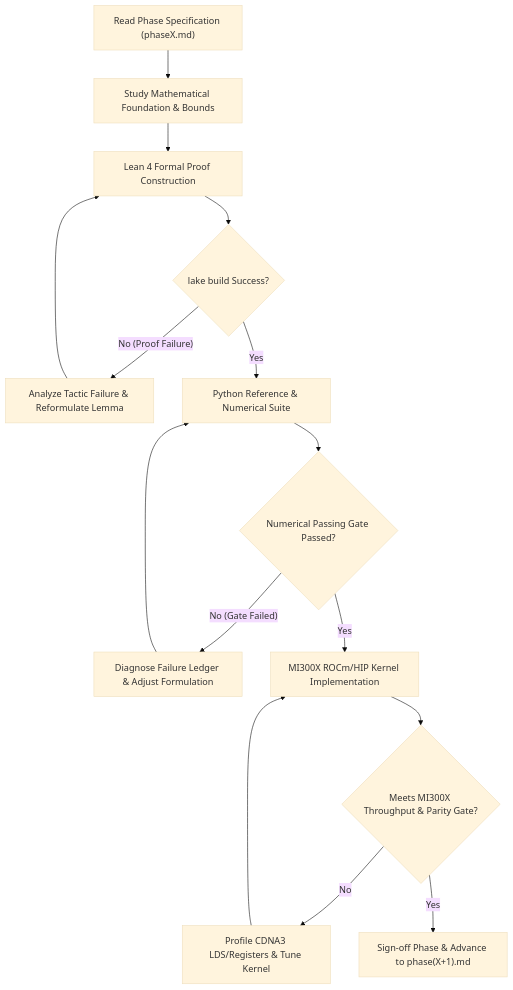
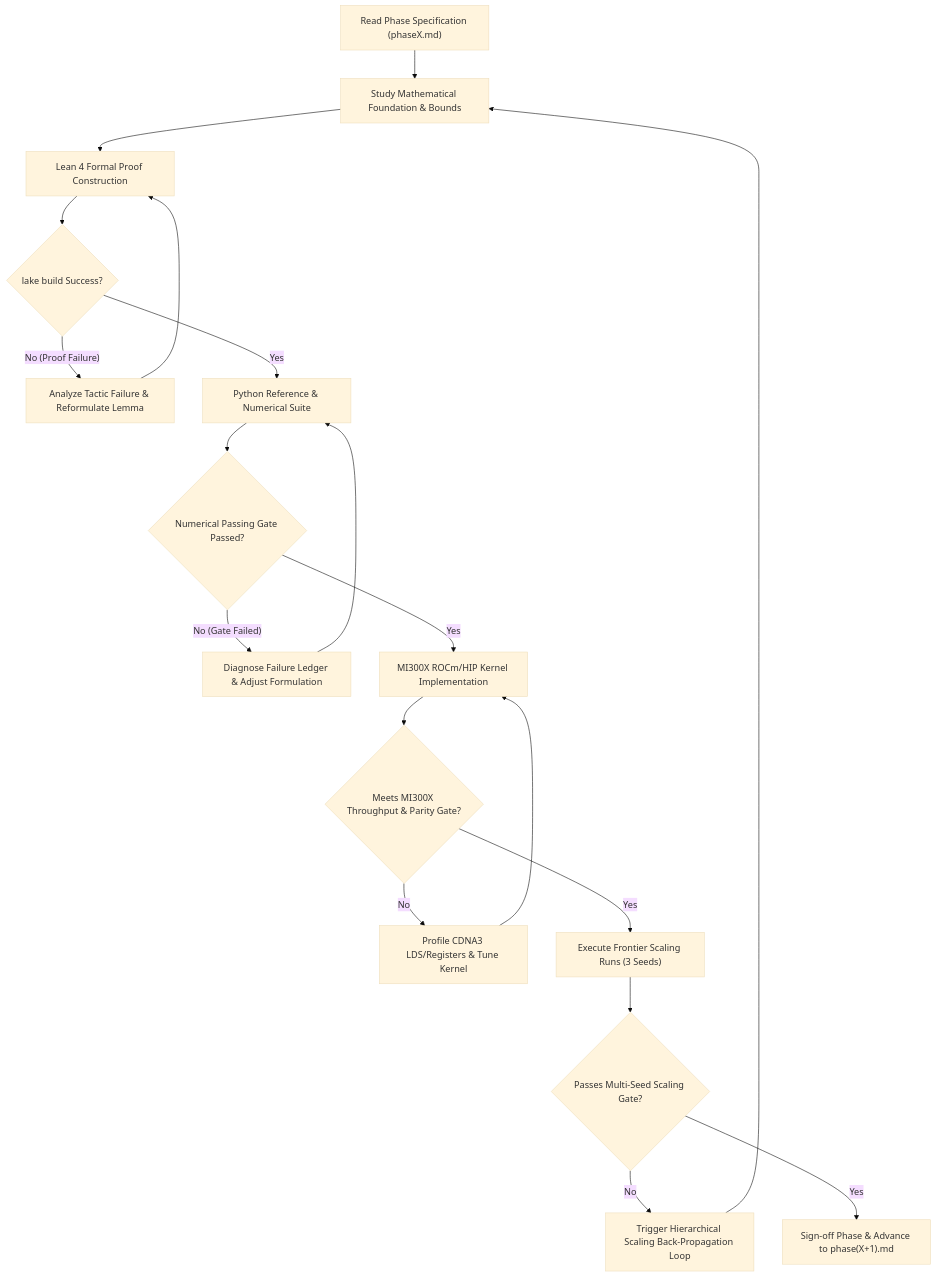
One commit to tasmaikeni13/algebraic-intelligence changed the diagram in phases/README.md. Above: the diagram before and after it, drawn with Mermaid (base theme). The commit also changed other lines of this file and 4 other files, not shown here.

Commit message:
feat: expand to 10 phases with 125M (3 seeds) and 350M (3 seeds) plus hierarchical scaling self-correction loop

````diff
--- a/phases/README.md
+++ b/phases/README.md
@@ -33,17 +32,21 @@
 ```mermaid
 graph TD
     A["Read Phase Specification (phaseX.md)"] --> B["Study Mathematical Foundation & Bounds"]
     B --> C["Lean 4 Formal Proof Construction"]
     C --> D{"lake build Success?"}
     D -- "No (Proof Failure)" --> E["Analyze Tactic Failure & Reformulate Lemma"]
     E --> C
     D -- "Yes" --> F["Python Reference & Numerical Suite"]
     F --> G{"Numerical Passing Gate Passed?"}
     G -- "No (Gate Failed)" --> H["Diagnose Failure Ledger & Adjust Formulation"]
     H --> F
     G -- "Yes" --> I["MI300X ROCm/HIP Kernel Implementation"]
     I --> J{"Meets MI300X Throughput & Parity Gate?"}
     J -- "No" --> K["Profile CDNA3 LDS/Registers & Tune Kernel"]
     K --> I
-    J -- "Yes" --> L["Sign-off Phase & Advance to phase(X+1).md"]
+    J -- "Yes" --> L["Execute Frontier Scaling Runs (3 Seeds)"]
+    L --> M{"Passes Multi-Seed Scaling Gate?"}
+    M -- "No" --> N["Trigger Hierarchical Scaling Back-Propagation Loop"]
+    N --> B
+    M -- "Yes" --> O["Sign-off Phase & Advance to phase(X+1).md"]
 ```
````
